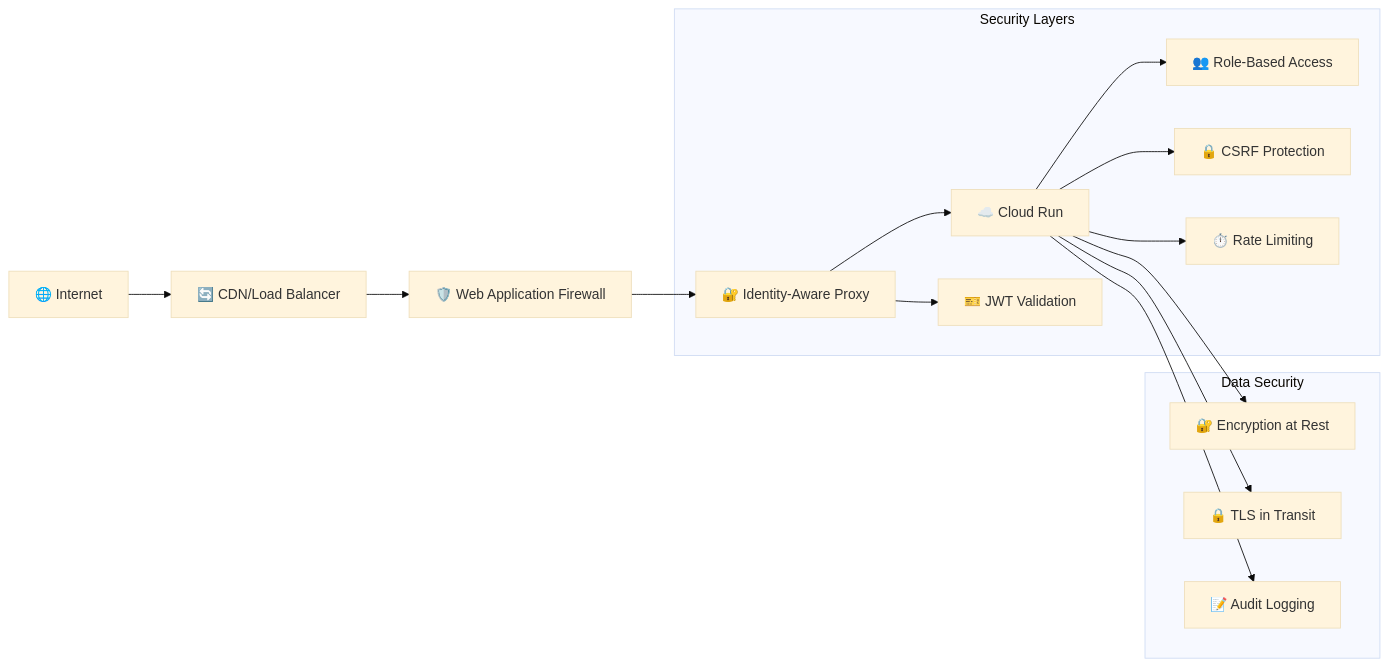
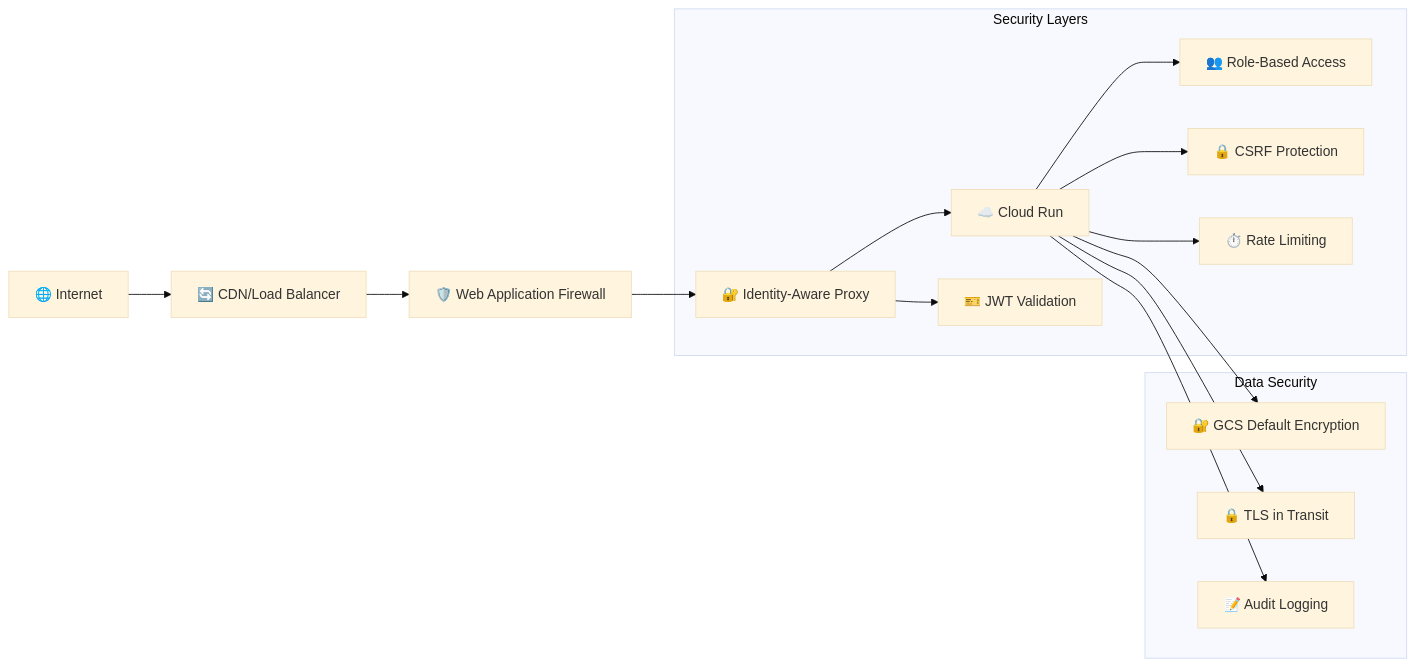
Before and after one commit to mida-hub/imgstream: the second of 2 diagrams in README.md, drawn with Mermaid (base theme). The commit also changed other lines of this file, not shown here.

````diff
--- a/README.md
+++ b/README.md
@@ -125,20 +125,20 @@
 ```mermaid
 graph LR
     Internet[🌐 Internet] --> CDN[🔄 CDN/Load Balancer]
     CDN --> WAF[🛡️ Web Application Firewall]
     WAF --> IAP[🔐 Identity-Aware Proxy]
     IAP --> CR[☁️ Cloud Run]
     
     subgraph "Security Layers"
         IAP --> JWT[🎫 JWT Validation]
         CR --> RBAC[👥 Role-Based Access]
         CR --> CSRF[🔒 CSRF Protection]
         CR --> RATE[⏱️ Rate Limiting]
     end
     
     subgraph "Data Security"
-        CR --> ENC[🔐 Encryption at Rest]
+        CR --> GCS_ENC[🔐 GCS Default Encryption]
         CR --> TLS[🔒 TLS in Transit]
         CR --> AUDIT[📝 Audit Logging]
     end
 ```
````
